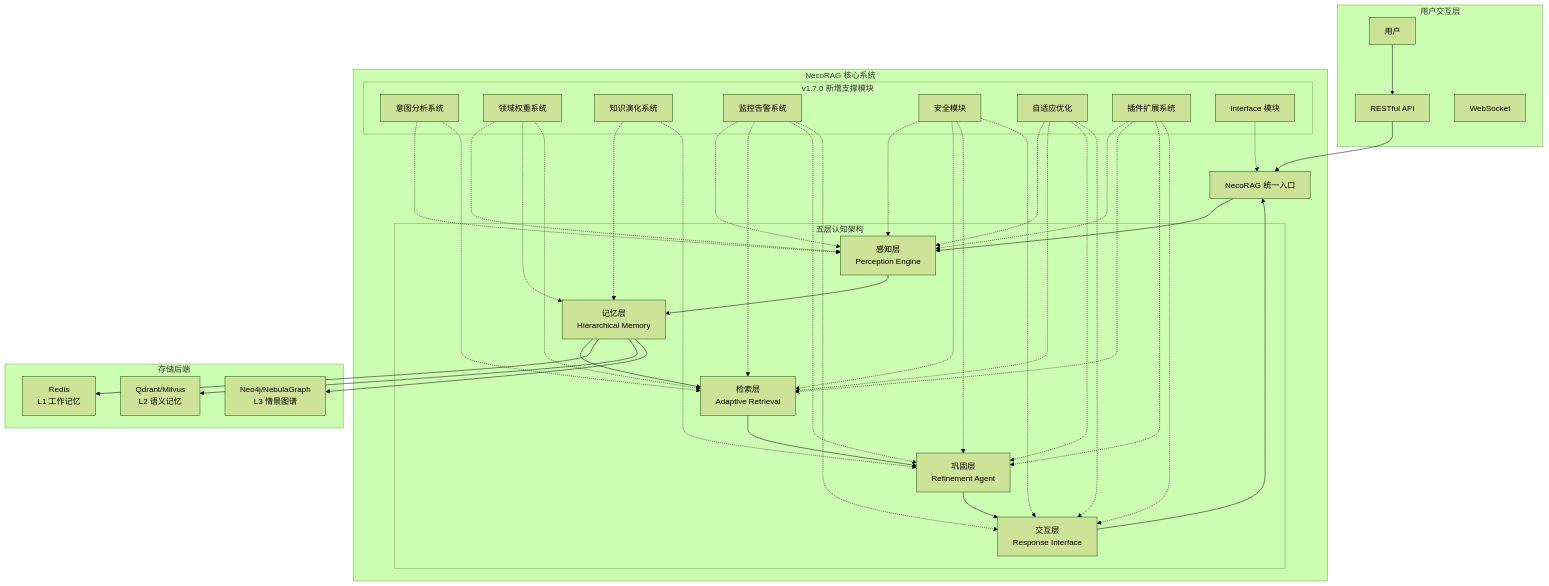
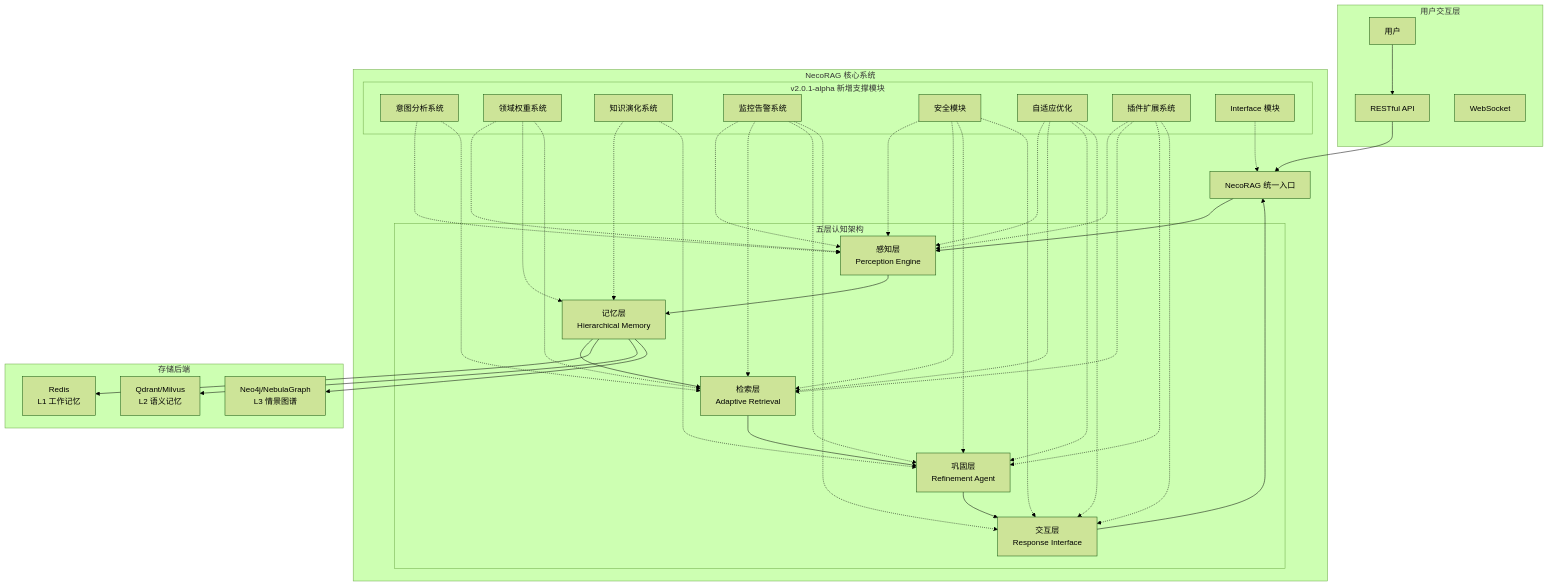
Before and after one commit to JieGaoPrinceton/NecoRAG: the first of 10 diagrams in .qoder/repowiki/zh/content/项目概述/项目概述.md, drawn with Mermaid (forest theme). The commit also changed other lines of this file and 82 other files, not shown here.

````diff
--- a/.qoder/repowiki/zh/content/项目概述/项目概述.md
+++ b/.qoder/repowiki/zh/content/项目概述/项目概述.md
@@ -75,46 +75,46 @@
 ```mermaid
 graph TB
 subgraph "用户交互层"
 U["用户"]
 API["RESTful API"]
 WS["WebSocket"]
 end
 subgraph "NecoRAG 核心系统"
 NR["NecoRAG 统一入口"]
 subgraph "五层认知架构"
 L1["感知层<br/>Perception Engine"]
 L2["记忆层<br/>Hierarchical Memory"]
 L3["检索层<br/>Adaptive Retrieval"]
 L4["巩固层<br/>Refinement Agent"]
 L5["交互层<br/>Response Interface"]
 end
-subgraph "v1.7.0 新增支撑模块"
+subgraph "v2.0.1-alpha 新增支撑模块"
 INT["意图分析系统"]
 DOM["领域权重系统"]
 KE["知识演化系统"]
 MON["监控告警系统"]
 SEC["安全模块"]
 ADP["自适应优化"]
 PLG["插件扩展系统"]
 IFACE["Interface 模块"]
 end
 end
 subgraph "存储后端"
 RDS["Redis<br/>L1 工作记忆"]
 QDR["Qdrant/Milvus<br/>L2 语义记忆"]
 NEO["Neo4j/NebulaGraph<br/>L3 情景图谱"]
 end
 U --> API
 API --> NR
 NR --> L1 --> L2 --> L3 --> L4 --> L5
 L5 --> NR
 INT -.-> L1 & L3
 DOM -.-> L1 & L2 & L3
 KE -.-> L2 & L4
 MON -.-> L1 & L3 & L4 & L5
 SEC -.-> L1 & L3 & L4 & L5
 ADP -.-> L1 & L3 & L4 & L5
 PLG -.-> L1 & L3 & L4 & L5
 IFACE -.-> NR
 L2 --> RDS & QDR & NEO
 ```
````
